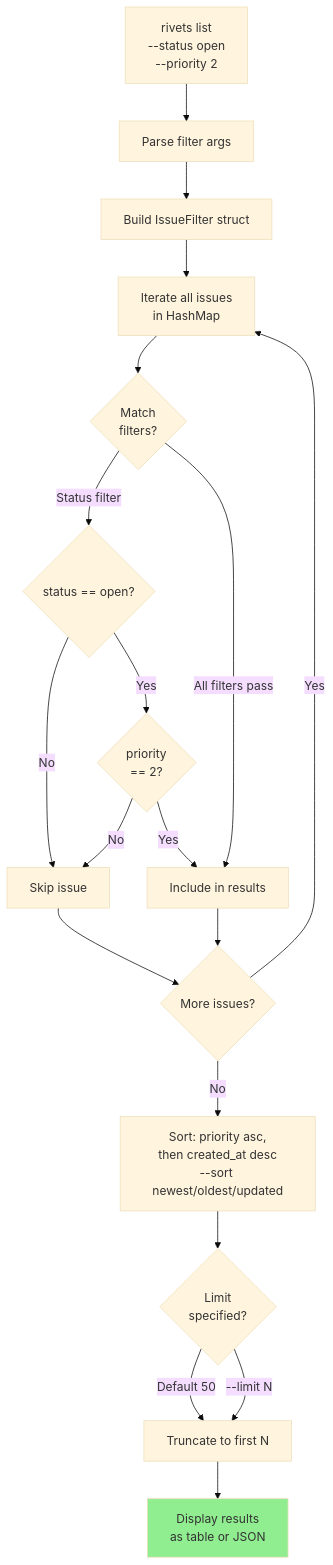
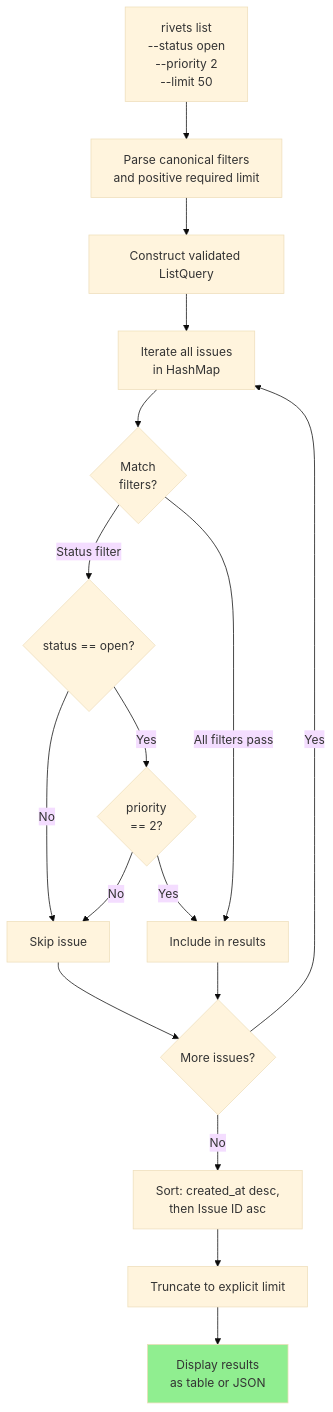
One commit to dwalleck/rivets changed the fifth of 12 diagrams in docs/data-flow.md. Above: the diagram before and after it, drawn with Mermaid (base theme). The commit also changed other lines of this file and 35 other files, not shown here.

````diff
--- a/docs/data-flow.md
+++ b/docs/data-flow.md
@@ -186,29 +186,27 @@
 ```mermaid
 flowchart TD
-    Start[rivets list<br/>--status open<br/>--priority 2] --> ParseFilter[Parse filter args]
-    ParseFilter --> BuildFilter[Build IssueFilter struct]
+    Start[rivets list<br/>--status open<br/>--priority 2<br/>--limit 50] --> ParseFilter[Parse canonical filters<br/>and positive required limit]
+    ParseFilter --> BuildFilter[Construct validated ListQuery]
 
     BuildFilter --> IterateIssues[Iterate all issues<br/>in HashMap]
 
     IterateIssues --> ApplyFilters{Match<br/>filters?}
     ApplyFilters -->|Status filter| CheckStatus{status == open?}
     CheckStatus -->|No| Skip[Skip issue]
     CheckStatus -->|Yes| CheckPriority
 
     CheckPriority{priority<br/>== 2?} -->|No| Skip
     CheckPriority -->|Yes| Include[Include in results]
 
     ApplyFilters -->|All filters pass| Include
     Skip --> MoreIssues{More issues?}
     Include --> MoreIssues
     MoreIssues -->|Yes| IterateIssues
     MoreIssues -->|No| Sort
 
-    Sort[Sort: priority asc,<br/>then created_at desc<br/>--sort newest/oldest/updated] --> Limit{Limit<br/>specified?}
-    Limit -->|Default 50| TakeN[Truncate to first N]
-    Limit -->|--limit N| TakeN
+    Sort[Sort: created_at desc,<br/>then Issue ID asc] --> TakeN[Truncate to explicit limit]
 
     TakeN --> Display[Display results<br/>as table or JSON]
 
     style Display fill:#90EE90
 ```
````
